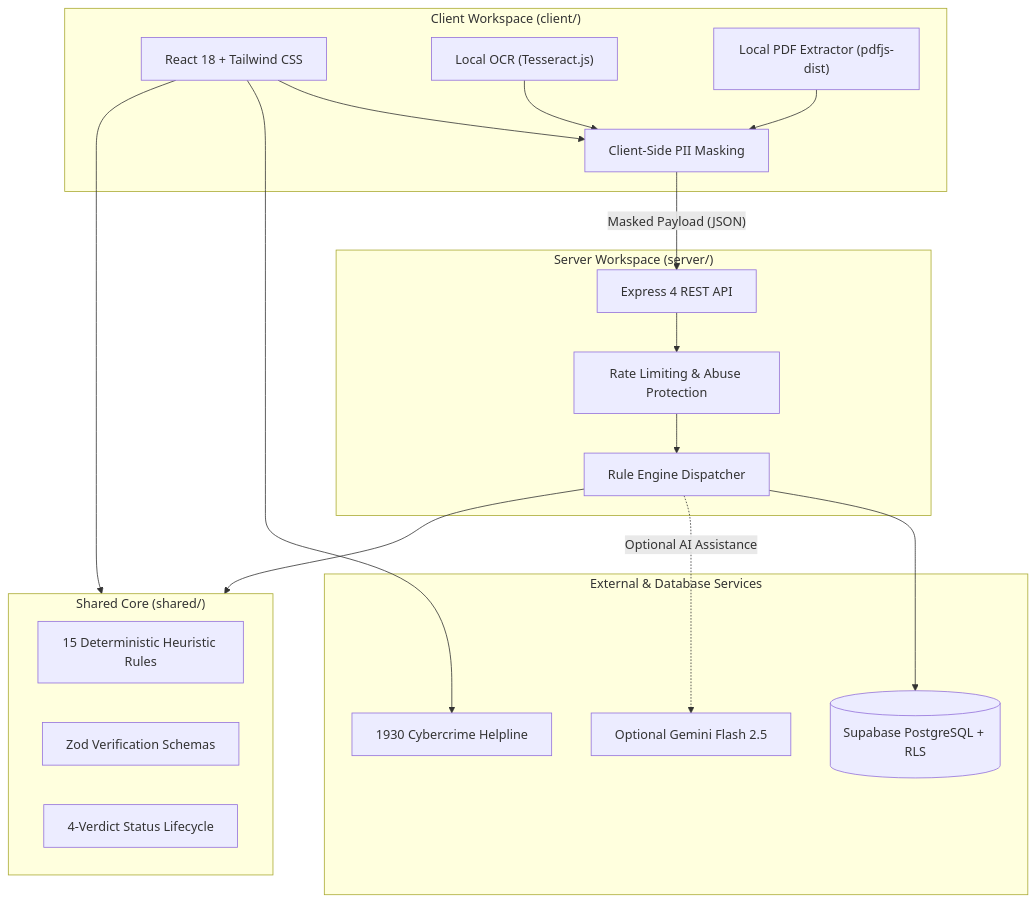
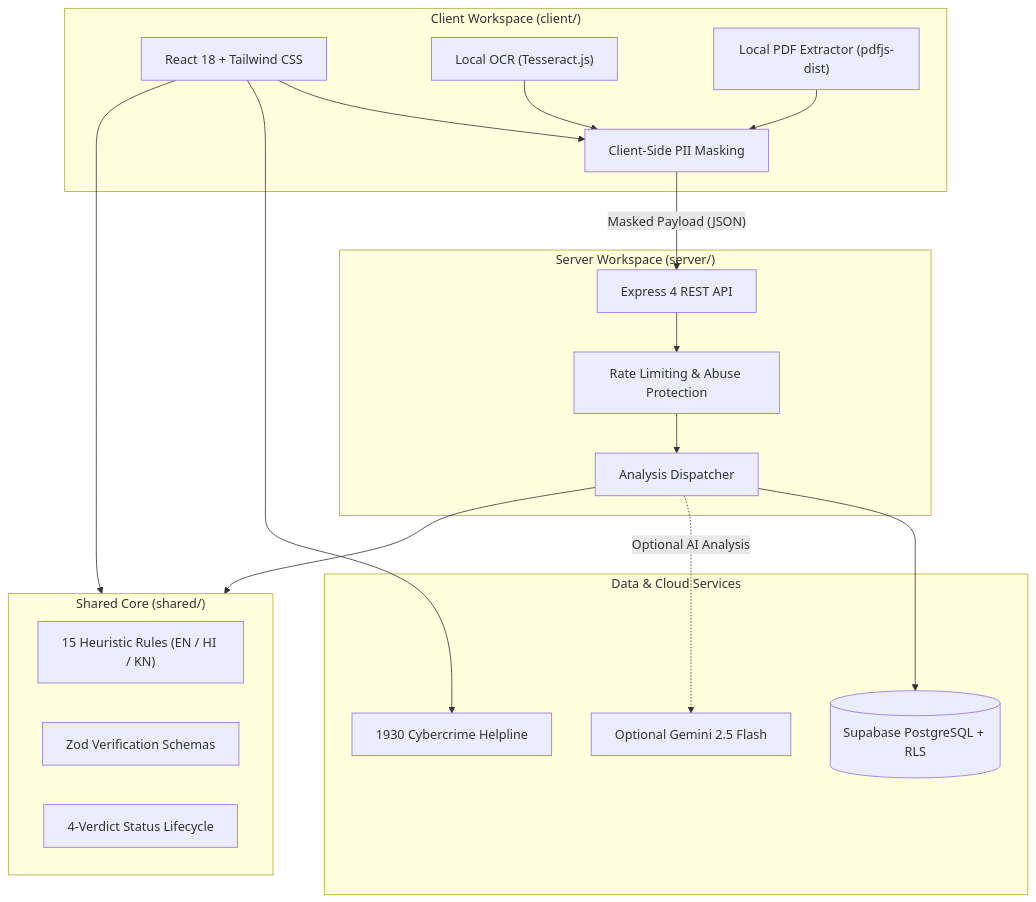
One commit to sharathbk910/Jaanch changed the diagram in README.md. Above: the diagram before and after it, drawn with Mermaid. The commit also changed other lines of this file and 3 other files, not shown here.

````diff
--- a/README.md
+++ b/README.md
@@ -83,38 +98,38 @@
 ```mermaid
 graph TD
     subgraph Browser ["Client Workspace (client/)"]
         UI["React 18 + Tailwind CSS"]
         OCR["Local OCR (Tesseract.js)"]
         PDF["Local PDF Extractor (pdfjs-dist)"]
         Redact["Client-Side PII Masking"]
         UI --> Redact
         OCR --> Redact
         PDF --> Redact
     end
 
     subgraph Server ["Server Workspace (server/)"]
         API["Express 4 REST API"]
         RateLimit["Rate Limiting & Abuse Protection"]
-        Router["Rule Engine Dispatcher"]
+        Router["Analysis Dispatcher"]
         API --> RateLimit --> Router
     end
 
     subgraph Shared ["Shared Core (shared/)"]
-        Rules["15 Deterministic Heuristic Rules"]
+        Rules["15 Heuristic Rules (EN / HI / KN)"]
         Schemas["Zod Verification Schemas"]
         StatusEngine["4-Verdict Status Lifecycle"]
     end
 
-    subgraph Cloud ["External & Database Services"]
+    subgraph Database ["Data & Cloud Services"]
         Supabase[("Supabase PostgreSQL + RLS")]
-        Gemini["Optional Gemini Flash 2.5"]
+        Gemini["Optional Gemini 2.5 Flash"]
         Helpline["1930 Cybercrime Helpline"]
     end
 
     Redact -->|"Masked Payload (JSON)"| API
     Router --> Shared
     UI --> Shared
     Router --> Supabase
-    Router -.->|"Optional AI Assistance"| Gemini
+    Router -.->|"Optional AI Analysis"| Gemini
     UI --> Helpline
 ```
````
